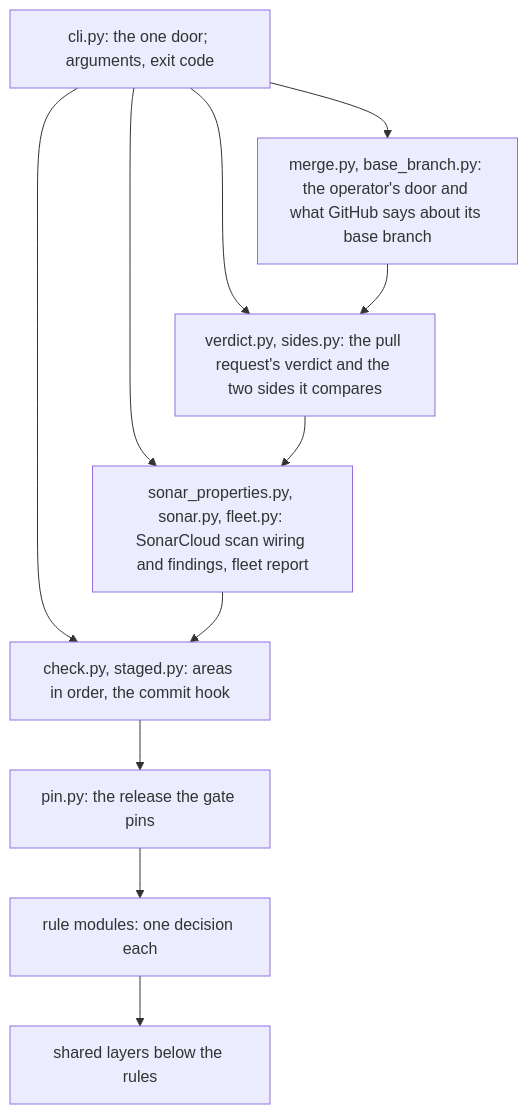
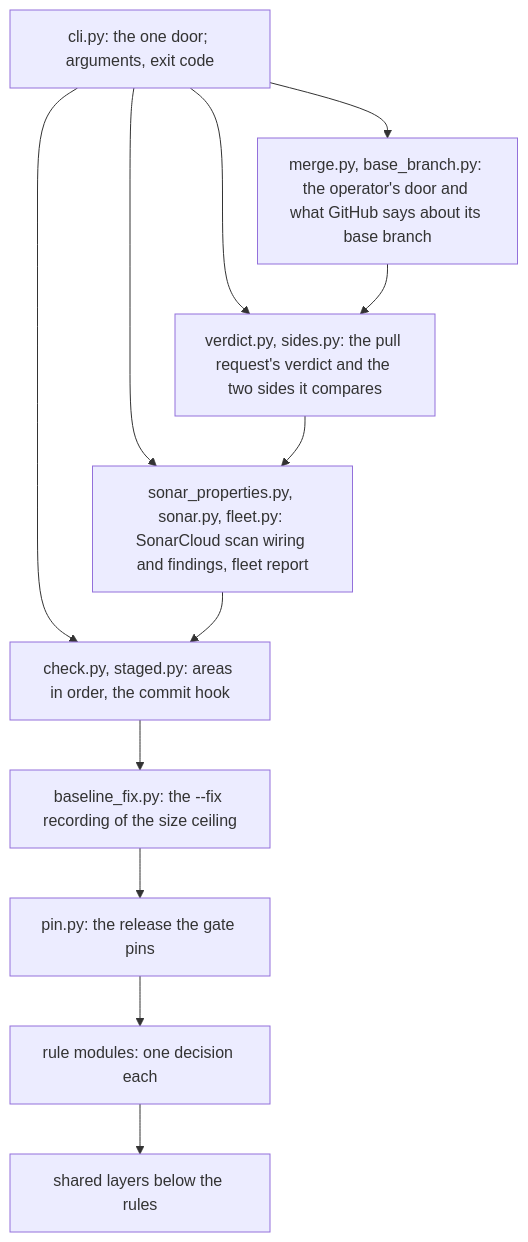
The second of 3 diagrams in docs/ARCHITECTURE.md (overnightworks/quality), drawn with Mermaid before and after one commit. The commit also changed 3 other files, not shown here.

First line of the commit message:
Move the --fix recording of the ceiling from check.py into baseline_fix.py (#975)

````diff
--- a/docs/ARCHITECTURE.md
+++ b/docs/ARCHITECTURE.md
@@ -44,21 +44,23 @@
 ```mermaid
 flowchart TB
     cli["cli.py: the one door; arguments, exit code"]
     door["merge.py, base_branch.py: the operator's door and what GitHub says about its base branch"]
     verdict["verdict.py, sides.py: the pull request's verdict and the two sides it compares"]
     reports["sonar_properties.py, sonar.py, fleet.py: SonarCloud scan wiring and findings, fleet report"]
     check["check.py, staged.py: areas in order, the commit hook"]
+    fix["baseline_fix.py: the --fix recording of the size ceiling"]
     pin["pin.py: the release the gate pins"]
     rules["rule modules: one decision each"]
     shared["shared layers below the rules"]
     cli --> door
     cli --> verdict
     cli --> reports
     cli --> check
     door --> verdict
     verdict --> reports
     reports --> check
-    check --> pin
+    check --> fix
+    fix --> pin
     pin --> rules
     rules --> shared
 ```
````
